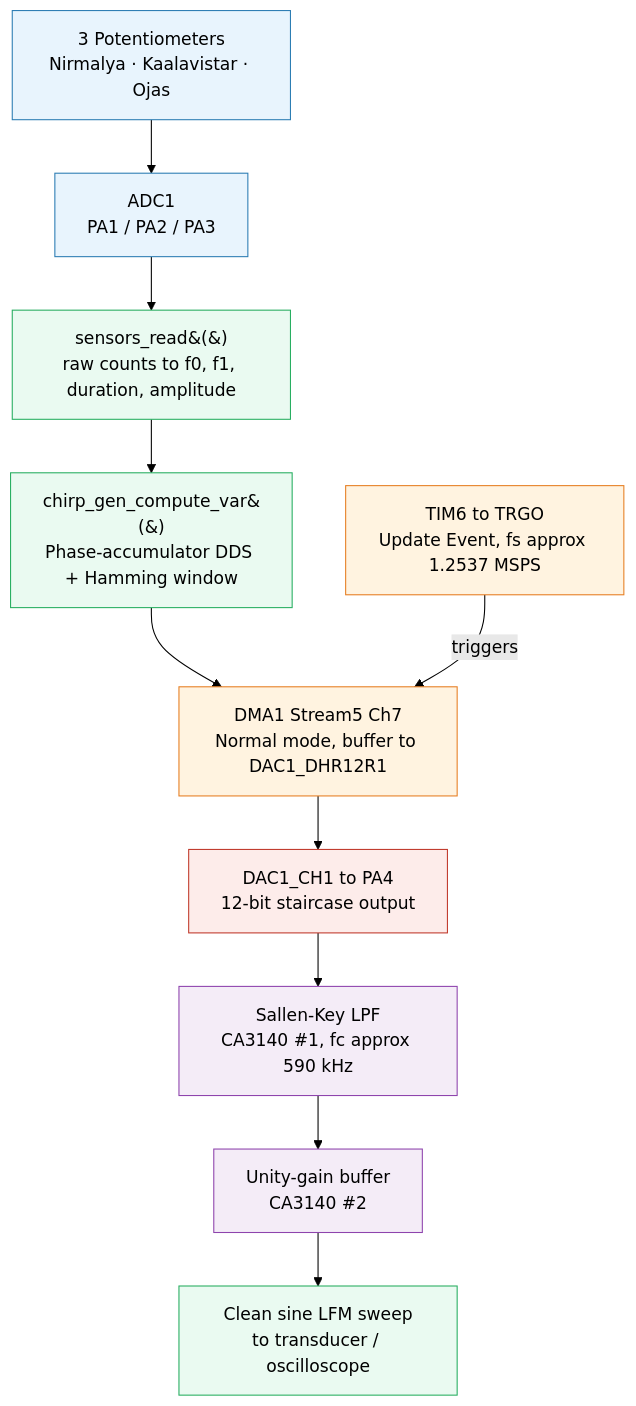
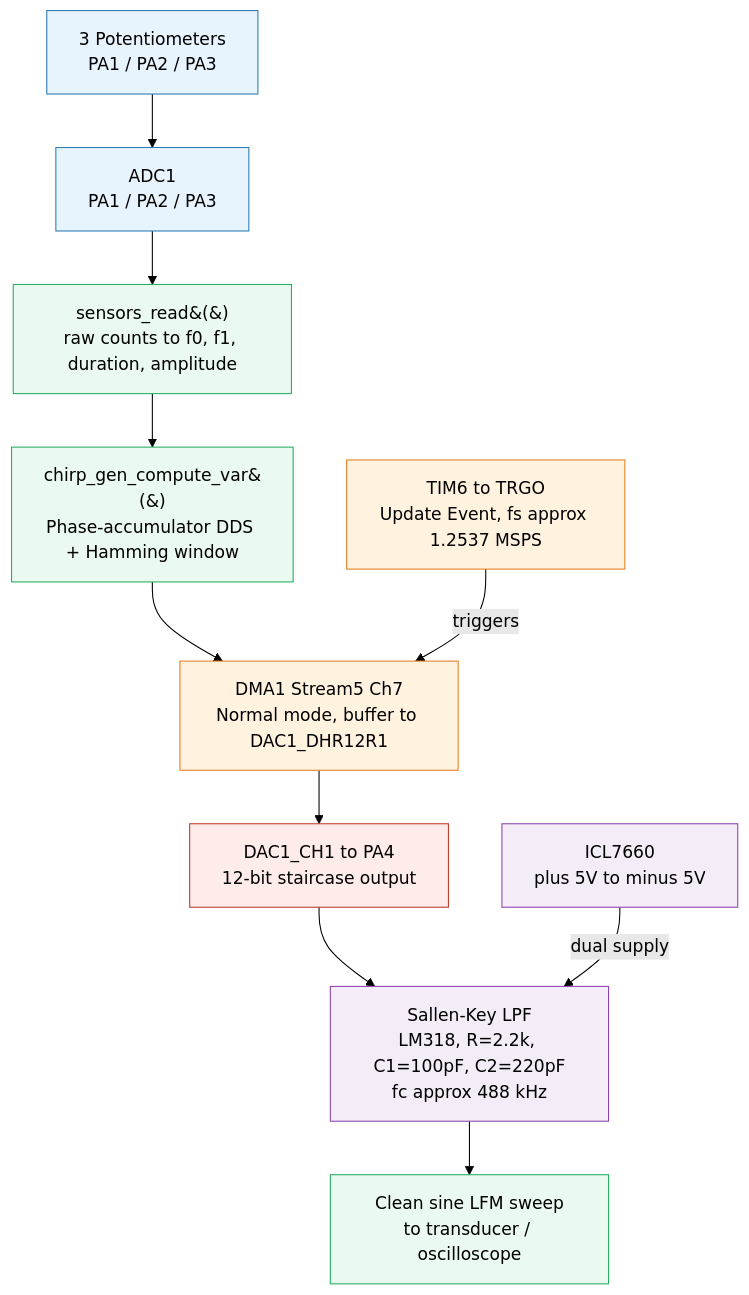
The diagram in README.md (Dharani-Sundharam/SPECTRUM_SIX_SIH2026), drawn with Mermaid (forest theme) before and after one commit. The commit also changed other lines of this file, not shown here.

````diff
--- a/README.md
+++ b/README.md
@@ -43,23 +43,23 @@
 ```mermaid
 flowchart TD
-    A["3 Potentiometers<br/>Nirmalya · Kaalavistar · Ojas"] --> B["ADC1<br/>PA1 / PA2 / PA3"]
+    A["3 Potentiometers<br/>PA1 / PA2 / PA3"] --> B["ADC1<br/>PA1 / PA2 / PA3"]
     B --> C["sensors_read&#40;&#41;<br/>raw counts to f0, f1, duration, amplitude"]
     C --> D["chirp_gen_compute_var&#40;&#41;<br/>Phase-accumulator DDS + Hamming window"]
     D --> E["DMA1 Stream5 Ch7<br/>Normal mode, buffer to DAC1_DHR12R1"]
     F["TIM6 to TRGO<br/>Update Event, fs approx 1.2537 MSPS"] -->|triggers| E
     E --> G["DAC1_CH1 to PA4<br/>12-bit staircase output"]
-    G --> H["Sallen-Key LPF<br/>CA3140 #1, fc approx 590 kHz"]
-    H --> I["Unity-gain buffer<br/>CA3140 #2"]
-    I --> J["Clean sine LFM sweep<br/>to transducer / oscilloscope"]
+    G --> H["Sallen-Key LPF<br/>LM318, R=2.2k, C1=100pF, C2=220pF<br/>fc approx 488 kHz"]
+    K["ICL7660<br/>plus 5V to minus 5V"] -->|dual supply| H
+    H --> J["Clean sine LFM sweep<br/>to transducer / oscilloscope"]
 
     style A fill:#e8f4fd,stroke:#2b7cb3
     style B fill:#e8f4fd,stroke:#2b7cb3
     style C fill:#eafaf1,stroke:#27ae60
     style D fill:#eafaf1,stroke:#27ae60
     style E fill:#fff3e0,stroke:#e67e22
     style F fill:#fff3e0,stroke:#e67e22
     style G fill:#fdecea,stroke:#c0392b
     style H fill:#f4ecf7,stroke:#8e44ad
-    style I fill:#f4ecf7,stroke:#8e44ad
+    style K fill:#f4ecf7,stroke:#8e44ad
     style J fill:#eafaf1,stroke:#27ae60
 ```
````
